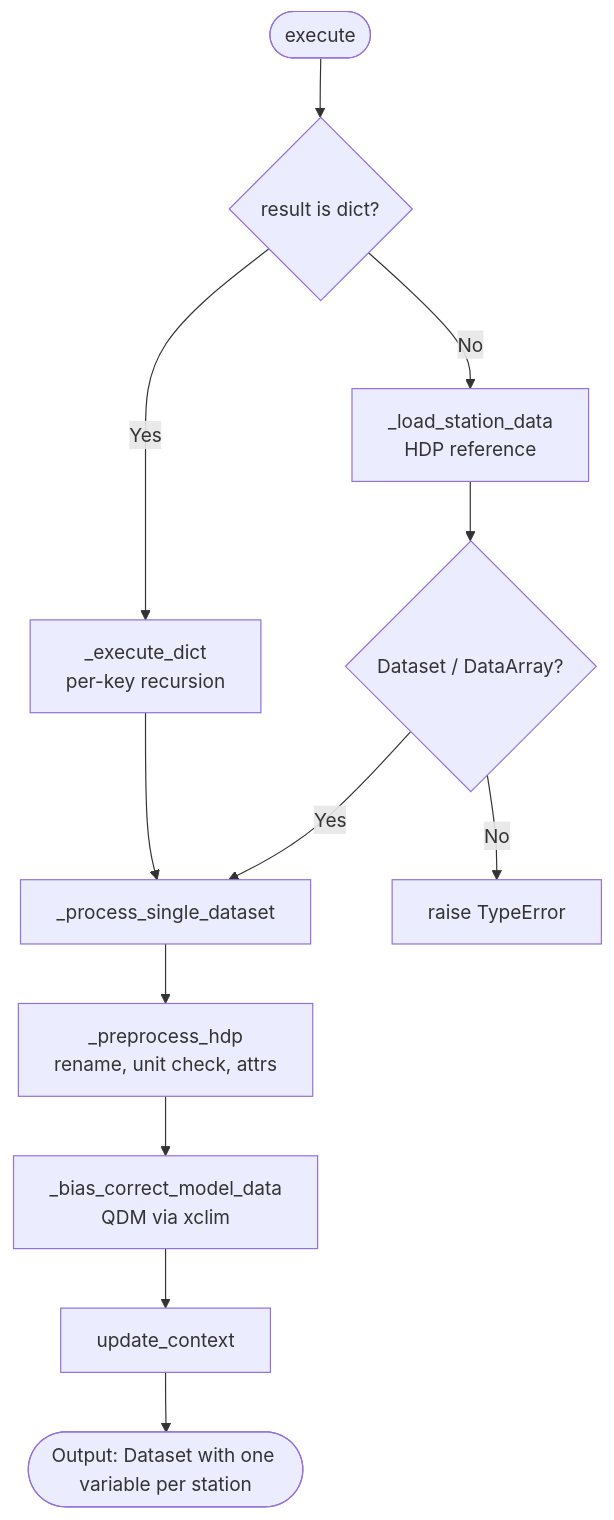
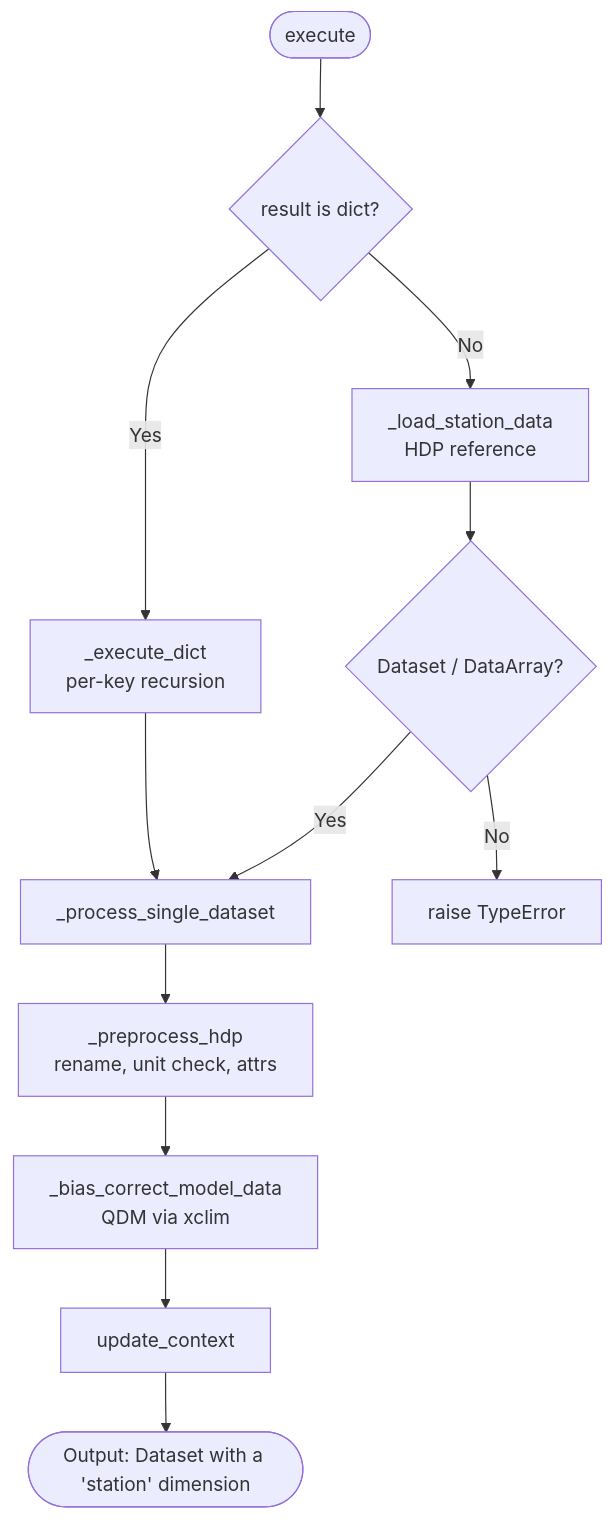
One commit to cal-adapt/climakitae changed the diagram in docs-mkdocs/climate-data-interface/processors/bias_adjust_model_to_station.md. Above: the diagram before and after it, drawn with Mermaid. The commit also changed other lines of this file and 5 other files, not shown here.

````diff
--- a/docs-mkdocs/climate-data-interface/processors/bias_adjust_model_to_station.md
+++ b/docs-mkdocs/climate-data-interface/processors/bias_adjust_model_to_station.md
@@ -9,23 +9,23 @@
 ```mermaid
 flowchart TD
     Start([execute]) --> DictCheck{result is dict?}
     DictCheck -->|Yes| ExecDict[_execute_dict<br/>per-key recursion]
     DictCheck -->|No| LoadObs[_load_station_data<br/>HDP reference]
     LoadObs --> TypeCheck{Dataset / DataArray?}
     TypeCheck -->|Yes| ProcSingle[_process_single_dataset]
     TypeCheck -->|No| TypeErr[raise TypeError]
 
     ExecDict --> ProcSingle
     ProcSingle --> Preproc[_preprocess_hdp<br/>rename, unit check, attrs]
     Preproc --> BiasCorrect[_bias_correct_model_data<br/>QDM via xclim]
     BiasCorrect --> UpdateCtx[update_context]
-    UpdateCtx --> End([Output: Dataset with one variable per station])
+    UpdateCtx --> End([Output: Dataset with a 'station' dimension])
 
     click Start "https://github.com/cal-adapt/climakitae/blob/main/climakitae/new_core/processors/bias_adjust_model_to_station.py" "execute"
     click ExecDict "https://github.com/cal-adapt/climakitae/blob/main/climakitae/new_core/processors/bias_adjust_model_to_station.py" "_execute_dict"
     click LoadObs "https://github.com/cal-adapt/climakitae/blob/main/climakitae/new_core/processors/bias_adjust_model_to_station.py" "_load_station_data"
     click ProcSingle "https://github.com/cal-adapt/climakitae/blob/main/climakitae/new_core/processors/bias_adjust_model_to_station.py" "_process_single_dataset"
     click Preproc "https://github.com/cal-adapt/climakitae/blob/main/climakitae/new_core/processors/bias_adjust_model_to_station.py" "_preprocess_hdp"
     click BiasCorrect "https://github.com/cal-adapt/climakitae/blob/main/climakitae/new_core/processors/bias_adjust_model_to_station.py" "_bias_correct_model_data"
     click UpdateCtx "https://github.com/cal-adapt/climakitae/blob/main/climakitae/new_core/processors/bias_adjust_model_to_station.py" "update_context"
 ```
````
